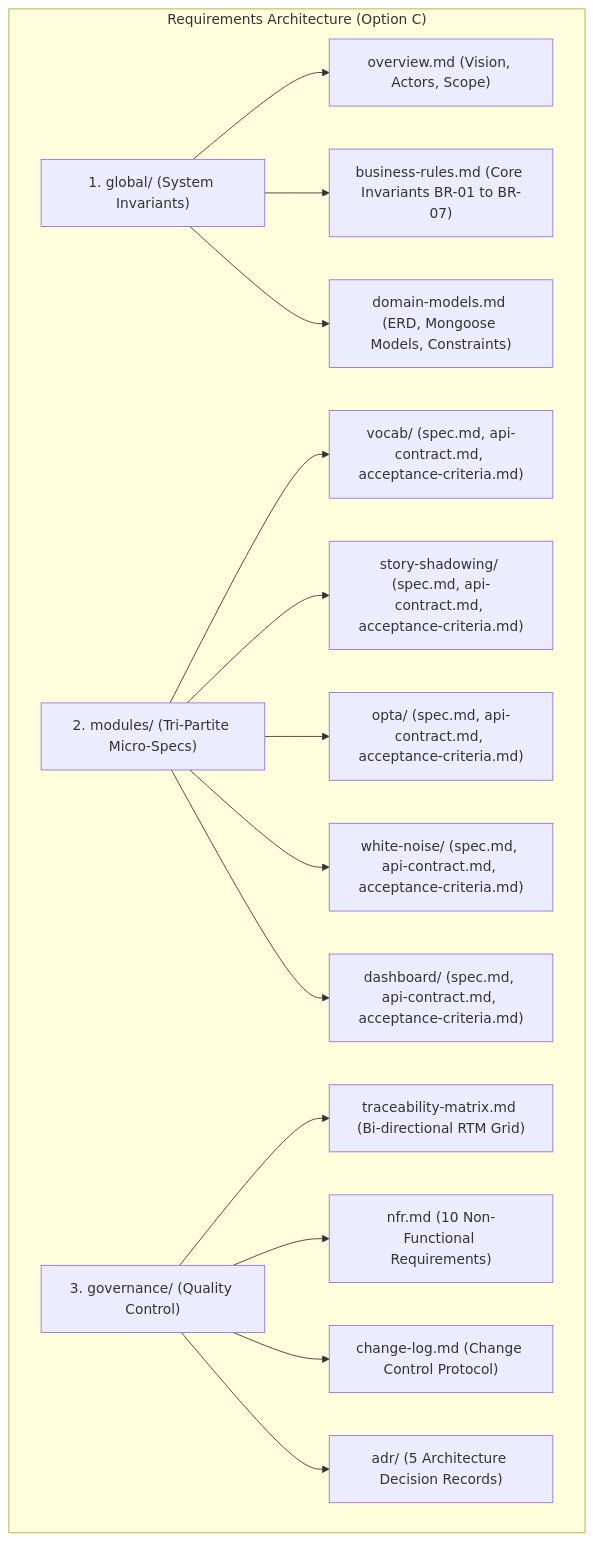
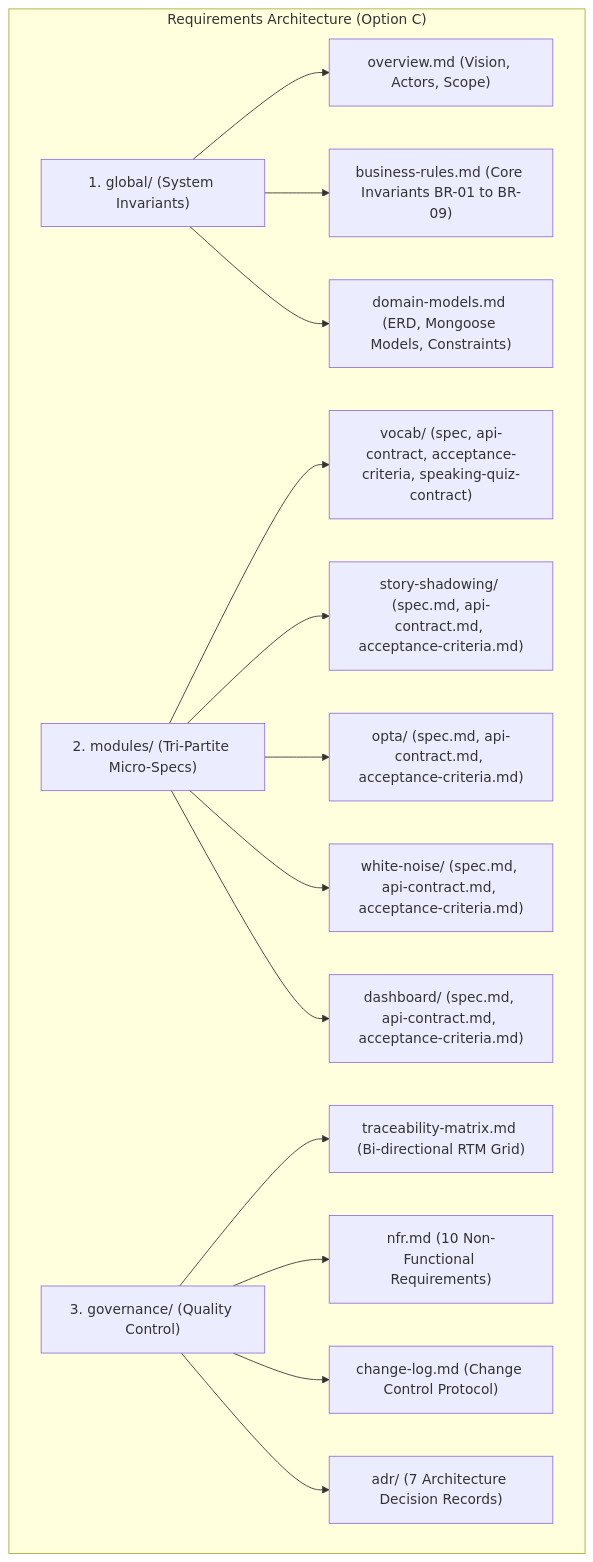
One commit to vuanhtu1993/aha-opta changed the first of 2 diagrams in requirements/README.md. Above: the diagram before and after it, drawn with Mermaid. The commit also changed other lines of this file and 11 other files, not shown here.

Commit message:
docs(vocab): update Option C requirements and plan for speaking quiz agent integration

````diff
--- a/requirements/README.md
+++ b/requirements/README.md
@@ -16,19 +16,19 @@
 ```mermaid
 graph TD
     subgraph RequirementsTree ["Requirements Architecture (Option C)"]
         G["1. global/ (System Invariants)"] --> G1["overview.md (Vision, Actors, Scope)"]
-        G --> G2["business-rules.md (Core Invariants BR-01 to BR-07)"]
+        G --> G2["business-rules.md (Core Invariants BR-01 to BR-09)"]
         G --> G3["domain-models.md (ERD, Mongoose Models, Constraints)"]
         
-        M["2. modules/ (Tri-Partite Micro-Specs)"] --> M1["vocab/ (spec.md, api-contract.md, acceptance-criteria.md)"]
+        M["2. modules/ (Tri-Partite Micro-Specs)"] --> M1["vocab/ (spec, api-contract, acceptance-criteria, speaking-quiz-contract)"]
         M --> M2["story-shadowing/ (spec.md, api-contract.md, acceptance-criteria.md)"]
         M --> M3["opta/ (spec.md, api-contract.md, acceptance-criteria.md)"]
         M --> M4["white-noise/ (spec.md, api-contract.md, acceptance-criteria.md)"]
         M --> M5["dashboard/ (spec.md, api-contract.md, acceptance-criteria.md)"]
         
         Gov["3. governance/ (Quality Control)"] --> Gov1["traceability-matrix.md (Bi-directional RTM Grid)"]
         Gov --> Gov2["nfr.md (10 Non-Functional Requirements)"]
         Gov --> Gov3["change-log.md (Change Control Protocol)"]
-        Gov --> Gov4["adr/ (5 Architecture Decision Records)"]
+        Gov --> Gov4["adr/ (7 Architecture Decision Records)"]
     end
 ```
````
